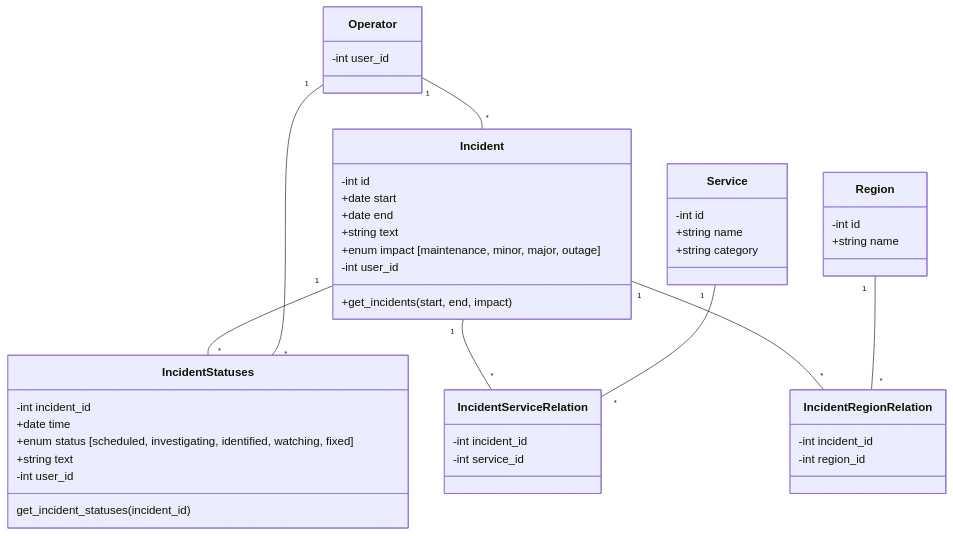
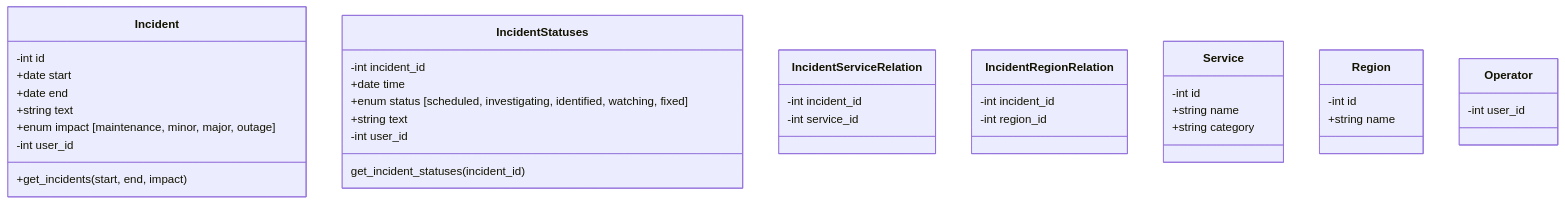
Before and after one commit to stackmon/status-dashboard: the diagram in README.md, drawn with Mermaid. The commit also changed other lines of this file, not shown here.

````diff
--- a/README.md
+++ b/README.md
@@ -26,57 +37,50 @@
 ```mermaid
 classDiagram
-   Incident "1" -- "*" IncidentStatuses
-   Incident "1" -- "*" IncidentServiceRelation
-   Incident "1" -- "*" IncidentRegionRelation
-   Service "1" -- "*" IncidentServiceRelation
-   Region "1" -- "*" IncidentRegionRelation
-   Operator "1" -- "*" Incident
-   Operator "1" -- "*" IncidentStatuses
 
     class Incident{
       -int id
       +date start
       +date end
       +string text
       +enum impact [maintenance, minor, major, outage]
       -int user_id
 
       +get_incidents(start, end, impact)
     }
 
     class IncidentStatuses{
         -int incident_id
         +date time
         +enum status [scheduled, investigating, identified, watching, fixed]
         +string text
         -int user_id
 
         get_incident_statuses(incident_id)
     }
 
     class IncidentServiceRelation{
         -int incident_id
         -int service_id
     }
 
     class IncidentRegionRelation {
         -int incident_id
         -int region_id
     }
 
     class Service {
       -int id
       +string name
       +string category
     }
 
     class Region{
         -int id
         +string name
     }
 
     class Operator {
         -int user_id
         
     }
 ```
````
